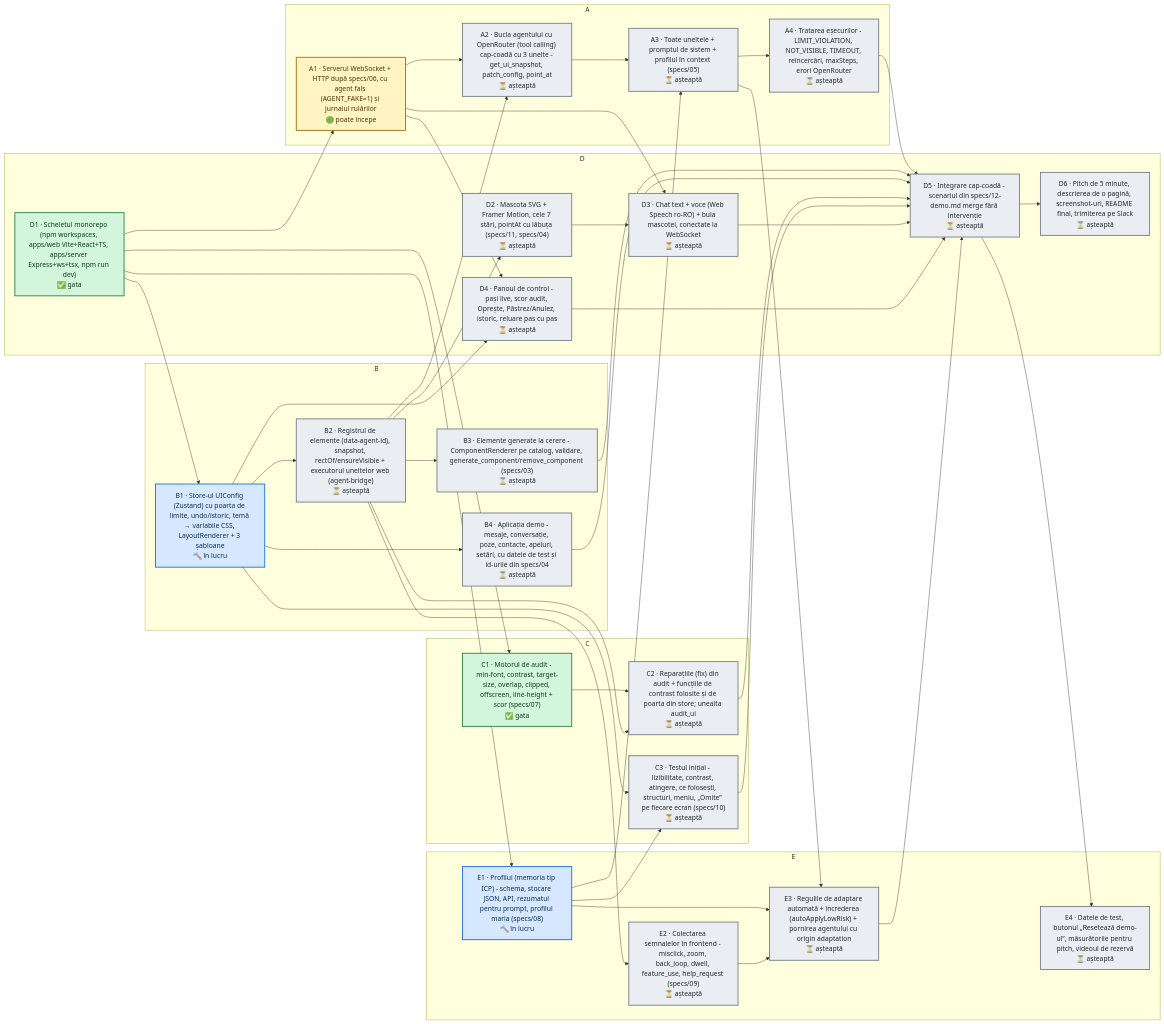
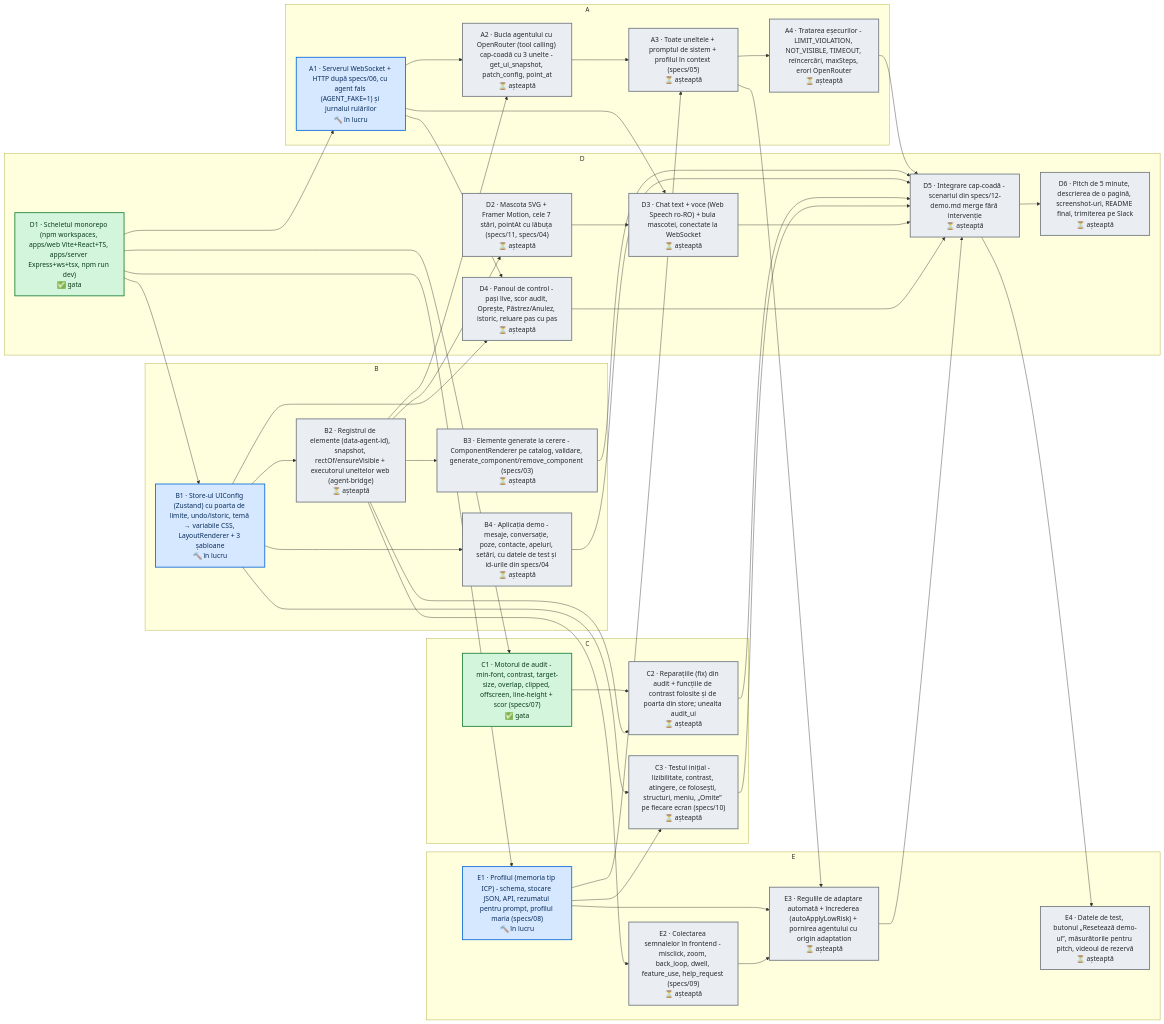
The diagram in DAG.md (06cezar/UiShapeshifter), drawn with Mermaid before and after one commit. The commit also changed other lines of this file and 1 other file, not shown here.

Commit message:
dag: update [skip ci]

````diff
--- a/DAG.md
+++ b/DAG.md
@@ -8,78 +8,77 @@
 ```mermaid
 flowchart LR
   subgraph t_owner_A["A"]
-    t_A1["A1 · Serverul WebSocket + HTTP după specs/06, cu agent fals (AGENT_FAKE=1) și jurnalul rulărilor<br/>🟢 poate începe"]
+    t_A1["A1 · Serverul WebSocket + HTTP după specs/06, cu agent fals (AGENT_FAKE=1) și jurnalul rulărilor<br/>🔨 în lucru"]
     t_A2["A2 · Bucla agentului cu OpenRouter (tool calling) cap-coadă cu 3 unelte - get_ui_snapshot, patch_config, point_at<br/>⏳ așteaptă"]
     t_A3["A3 · Toate uneltele + promptul de sistem + profilul în context (specs/05)<br/>⏳ așteaptă"]
     t_A4["A4 · Tratarea eșecurilor - LIMIT_VIOLATION, NOT_VISIBLE, TIMEOUT, reîncercări, maxSteps, erori OpenRouter<br/>⏳ așteaptă"]
   end
   subgraph t_owner_B["B"]
     t_B1["B1 · Store-ul UIConfig (Zustand) cu poarta de limite, undo/istoric, temă → variabile CSS, LayoutRenderer + 3 șabloane<br/>🔨 în lucru"]
     t_B2["B2 · Registrul de elemente (data-agent-id), snapshot, rectOf/ensureVisible + executorul uneltelor web (agent-bridge)<br/>⏳ așteaptă"]
     t_B3["B3 · Elemente generate la cerere - ComponentRenderer pe catalog, validare, generate_component/remove_component (specs/03)<br/>⏳ așteaptă"]
     t_B4["B4 · Aplicația demo - mesaje, conversație, poze, contacte, apeluri, setări, cu datele de test și id-urile din specs/04<br/>⏳ așteaptă"]
   end
   subgraph t_owner_C["C"]
     t_C1["C1 · Motorul de audit - min-font, contrast, target-size, overlap, clipped, offscreen, line-height + scor (specs/07)<br/>✅ gata"]
     t_C2["C2 · Reparațiile (fix) din audit + funcțiile de contrast folosite și de poarta din store; unealta audit_ui<br/>⏳ așteaptă"]
     t_C3["C3 · Testul inițial - lizibilitate, contrast, atingere, ce folosești, structuri, meniu, „Omite” pe fiecare ecran (specs/10)<br/>⏳ așteaptă"]
   end
   subgraph t_owner_D["D"]
     t_D1["D1 · Scheletul monorepo (npm workspaces, apps/web Vite+React+TS, apps/server Express+ws+tsx, npm run dev)<br/>✅ gata"]
     t_D2["D2 · Mascota SVG + Framer Motion, cele 7 stări, pointAt cu lăbuța (specs/11, specs/04)<br/>⏳ așteaptă"]
     t_D3["D3 · Chat text + voce (Web Speech ro-RO) + bula mascotei, conectate la WebSocket<br/>⏳ așteaptă"]
     t_D4["D4 · Panoul de control - pași live, scor audit, Oprește, Păstrez/Anulez, istoric, reluare pas cu pas<br/>⏳ așteaptă"]
     t_D5["D5 · Integrare cap-coadă - scenariul din specs/12-demo.md merge fără intervenție<br/>⏳ așteaptă"]
     t_D6["D6 · Pitch de 5 minute, descrierea de o pagină, screenshot-uri, README final, trimiterea pe Slack<br/>⏳ așteaptă"]
   end
   subgraph t_owner_E["E"]
     t_E1["E1 · Profilul (memoria tip ICP) - schema, stocare JSON, API, rezumatul pentru prompt, profilul maria (specs/08)<br/>🔨 în lucru"]
     t_E2["E2 · Colectarea semnalelor în frontend - misclick, zoom, back_loop, dwell, feature_use, help_request (specs/09)<br/>⏳ așteaptă"]
     t_E3["E3 · Regulile de adaptare automată + încrederea (autoApplyLowRisk) + pornirea agentului cu origin adaptation<br/>⏳ așteaptă"]
     t_E4["E4 · Datele de test, butonul „Resetează demo-ul”, măsurătorile pentru pitch, videoul de rezervă<br/>⏳ așteaptă"]
   end
   t_B2 --> t_D2
   t_A1 --> t_D3
   t_D2 --> t_D3
   t_A1 --> t_D4
   t_B1 --> t_D4
   t_A4 --> t_D5
   t_B3 --> t_D5
   t_B4 --> t_D5
   t_C2 --> t_D5
   t_C3 --> t_D5
   t_D3 --> t_D5
   t_D4 --> t_D5
   t_E3 --> t_D5
   t_D5 --> t_D6
   t_D1 --> t_A1
   t_A1 --> t_A2
   t_B2 --> t_A2
   t_A2 --> t_A3
   t_E1 --> t_A3
   t_A3 --> t_A4
   t_D1 --> t_B1
   t_B1 --> t_B2
   t_B2 --> t_B3
   t_B1 --> t_B4
   t_D1 --> t_C1
   t_C1 --> t_C2
   t_B2 --> t_C2
   t_B1 --> t_C3
   t_E1 --> t_C3
   t_D1 --> t_E1
   t_B2 --> t_E2
   t_E1 --> t_E3
   t_E2 --> t_E3
   t_A3 --> t_E3
   t_D5 --> t_E4
   classDef done fill:#d3f5dc,stroke:#1a7f37,color:#0b3d1a,stroke-width:2px
   classDef progress fill:#d6e8ff,stroke:#0969da,color:#0a2d5c,stroke-width:2px
   classDef ready fill:#fff4c2,stroke:#9a6700,color:#4d3300,stroke-width:2px
   classDef wait fill:#eaeef2,stroke:#6e7781,color:#24292f,stroke-width:2px
   classDef blocked fill:#ffd8d3,stroke:#cf222e,color:#5c0b10,stroke-width:2px
   class t_D1,t_C1 done
-  class t_B1,t_E1 progress
-  class t_A1 ready
+  class t_A1,t_B1,t_E1 progress
   class t_D2,t_D3,t_D4,t_D5,t_D6,t_A2,t_A3,t_A4,t_B2,t_B3,t_B4,t_C2,t_C3,t_E2,t_E3,t_E4 wait
 ```
````
